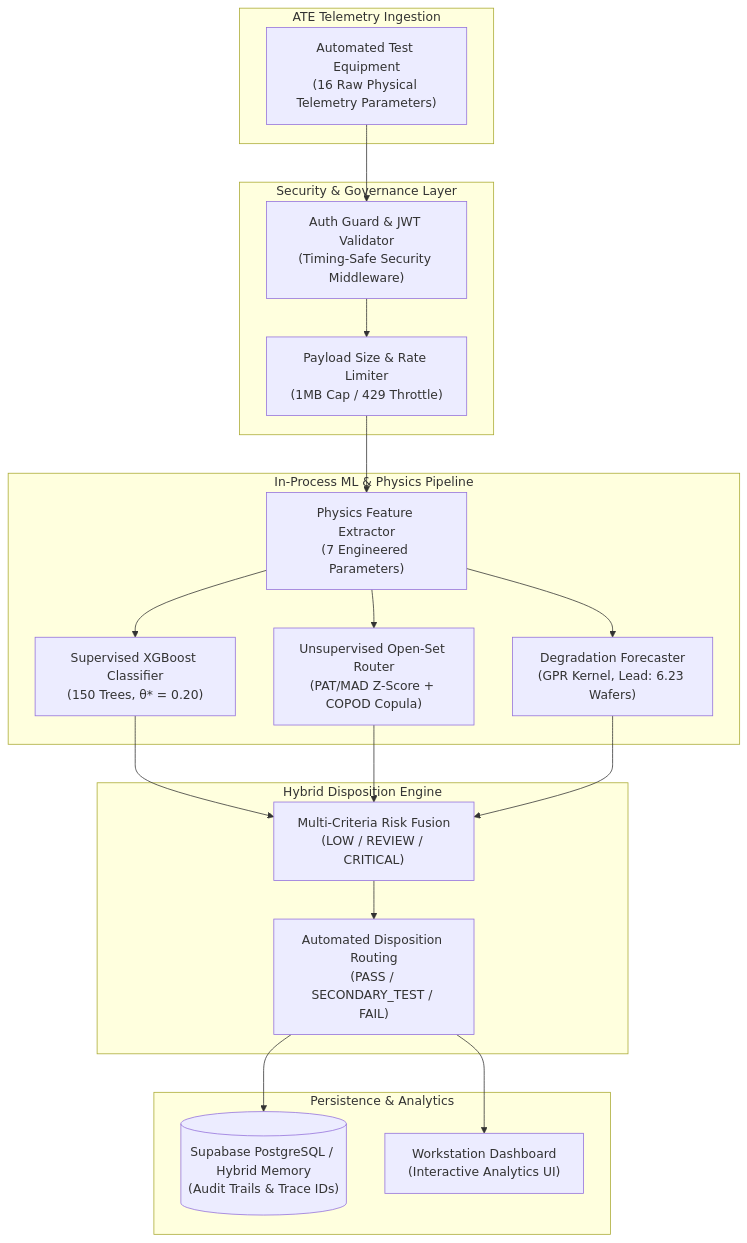
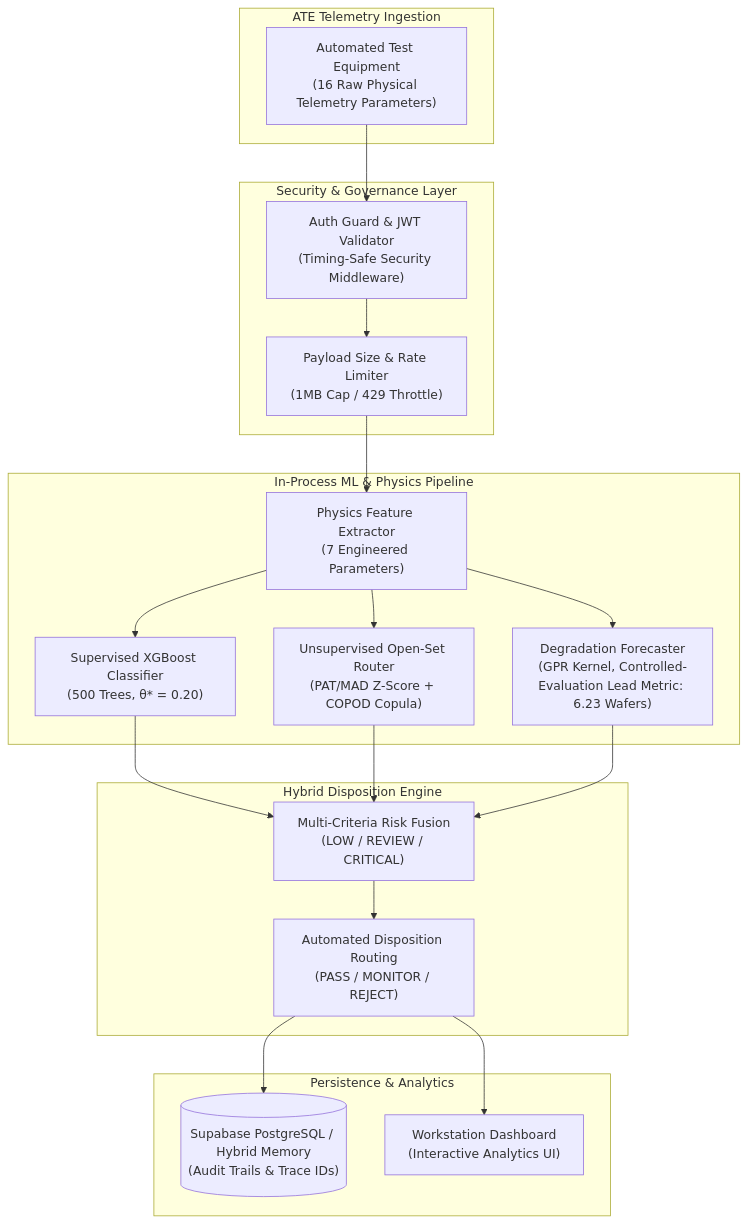
The diagram in README.md (umeshpandeysh/predicta-26), drawn with Mermaid before and after one commit. The commit also changed other lines of this file, not shown here.

````diff
--- a/README.md
+++ b/README.md
@@ -37,33 +37,33 @@
 ```mermaid
 flowchart TD
     subgraph Input ["ATE Telemetry Ingestion"]
         ATE["Automated Test Equipment<br/>(16 Raw Physical Telemetry Parameters)"]
     end
 
     subgraph Security ["Security & Governance Layer"]
         AUTH["Auth Guard & JWT Validator<br/>(Timing-Safe Security Middleware)"]
         CAP["Payload Size & Rate Limiter<br/>(1MB Cap / 429 Throttle)"]
     end
 
     subgraph Core ["In-Process ML & Physics Pipeline"]
         FE["Physics Feature Extractor<br/>(7 Engineered Parameters)"]
-        SGT["Supervised XGBoost Classifier<br/>(150 Trees, θ* = 0.20)"]
+        SGT["Supervised XGBoost Classifier<br/>(500 Trees, θ* = 0.20)"]
         OPEN["Unsupervised Open-Set Router<br/>(PAT/MAD Z-Score + COPOD Copula)"]
-        GPR["Degradation Forecaster<br/>(GPR Kernel, Lead: 6.23 Wafers)"]
+        GPR["Degradation Forecaster<br/>(GPR Kernel, Controlled-Evaluation Lead Metric: 6.23 Wafers)"]
     end
 
     subgraph Decision ["Hybrid Disposition Engine"]
         RISK["Multi-Criteria Risk Fusion<br/>(LOW / REVIEW / CRITICAL)"]
-        DISP["Automated Disposition Routing<br/>(PASS / SECONDARY_TEST / FAIL)"]
+        DISP["Automated Disposition Routing<br/>(PASS / MONITOR / REJECT)"]
     end
 
     subgraph Store ["Persistence & Analytics"]
         DB[("Supabase PostgreSQL / Hybrid Memory<br/>(Audit Trails & Trace IDs)")]
         DASH["Workstation Dashboard<br/>(Interactive Analytics UI)"]
     end
 
     ATE --> AUTH --> CAP --> FE
     FE --> SGT & OPEN & GPR
     SGT & OPEN & GPR --> RISK --> DISP
     DISP --> DB & DASH
 ```
````
